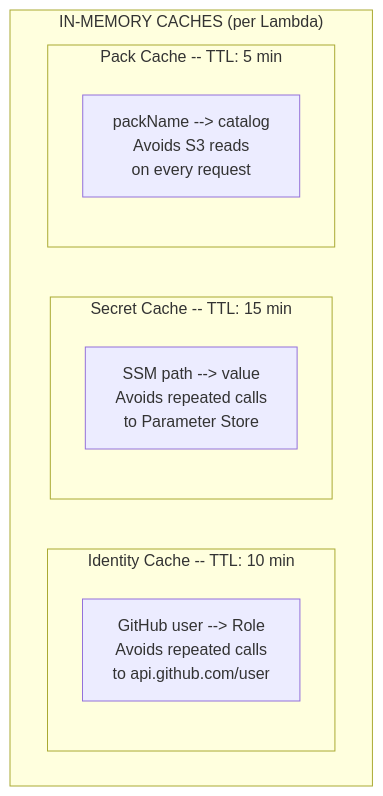
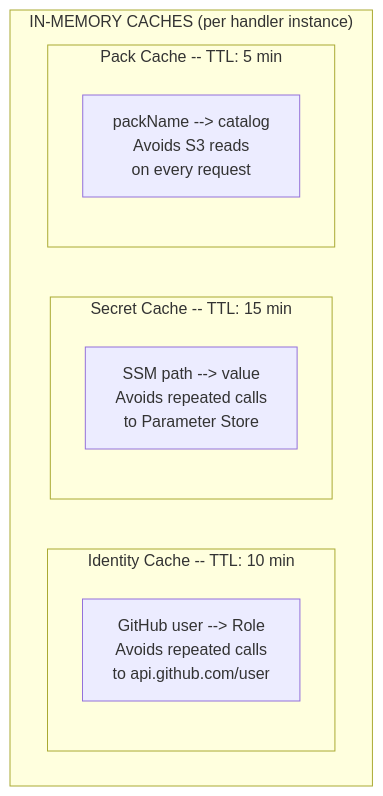
Diagram 29 of 31 in docs/book/agentrun-book.md (phbruce/agentrun), drawn with Mermaid before and after one commit. The commit also changed other lines of this file, not shown here.

````diff
--- a/docs/book/agentrun-book.md
+++ b/docs/book/agentrun-book.md
@@ -4506,14 +4526,14 @@
 ```mermaid
 graph TD
-    subgraph CACHES["IN-MEMORY CACHES (per Lambda)"]
+    subgraph CACHES["IN-MEMORY CACHES (per handler instance)"]
         subgraph IC["Identity Cache -- TTL: 10 min"]
             IC_DESC["GitHub user --> Role\nAvoids repeated calls\nto api.github.com/user"]
         end
         subgraph SC["Secret Cache -- TTL: 15 min"]
             SC_DESC["SSM path --> value\nAvoids repeated calls\nto Parameter Store"]
         end
         subgraph PC["Pack Cache -- TTL: 5 min"]
             PC_DESC["packName --> catalog\nAvoids S3 reads\non every request"]
         end
     end
 ```
````
